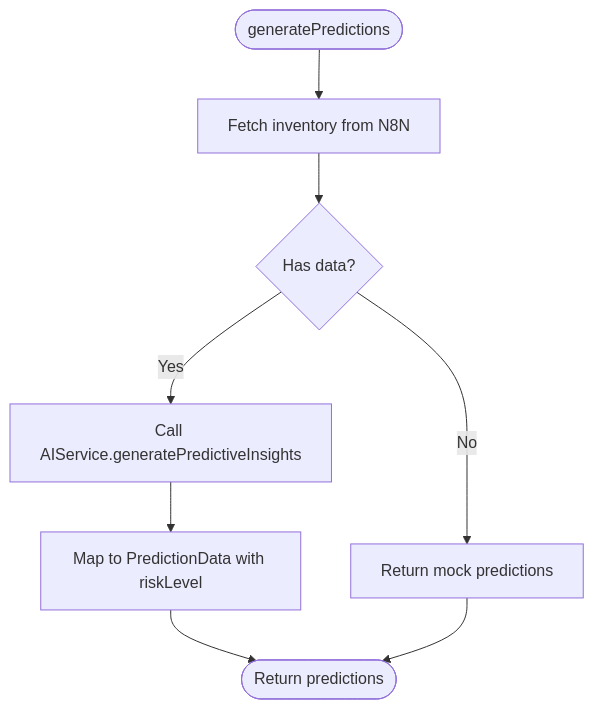
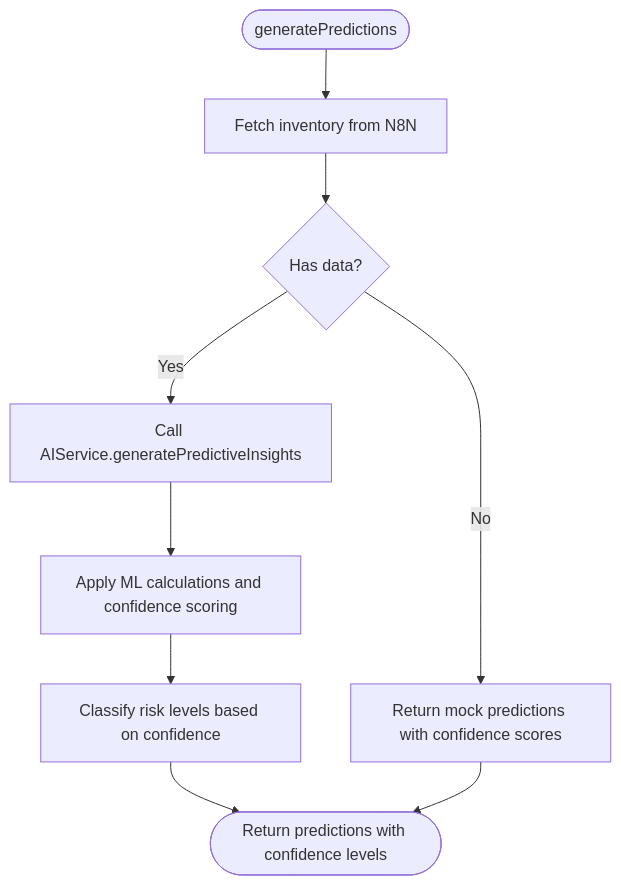
Before and after one commit to cacamarica/dashboard-ai: the fourth of 9 diagrams in .qoder/repowiki/en/content/Services Layer/Services Layer.md, drawn with Mermaid. The commit also changed other lines of this file and 5 other files, not shown here.

First line of the commit message:
feat(ai-assistant): enhance AI integration with TypeScript and confidence scoring

````diff
--- a/.qoder/repowiki/en/content/Services Layer/Services Layer.md
+++ b/.qoder/repowiki/en/content/Services Layer/Services Layer.md
@@ -237,10 +255,11 @@
 ```mermaid
 flowchart TD
 Start(["generatePredictions"]) --> Fetch["Fetch inventory from N8N"]
 Fetch --> HasData{"Has data?"}
-HasData --> |No| Mock["Return mock predictions"]
+HasData --> |No| Mock["Return mock predictions with confidence scores"]
 HasData --> |Yes| CallAI["Call AIService.generatePredictiveInsights"]
-CallAI --> Map["Map to PredictionData with riskLevel"]
-Map --> End(["Return predictions"])
+CallAI --> ML["Apply ML calculations and confidence scoring"]
+ML --> Risk["Classify risk levels based on confidence"]
+Risk --> End(["Return predictions with confidence levels"])
 Mock --> End
 ```
````
